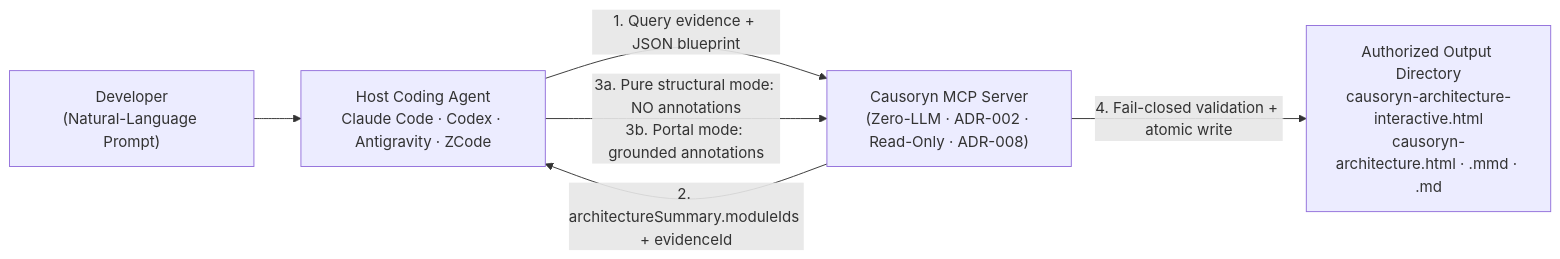
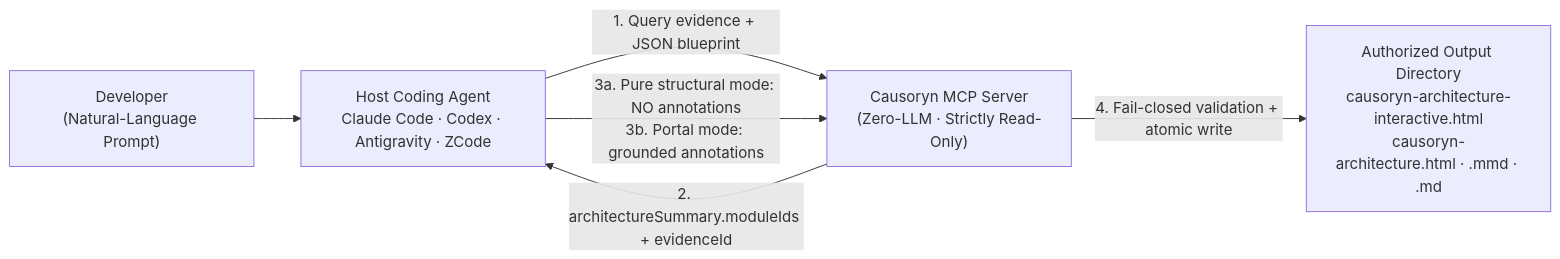
The diagram in docs/en/prompting-and-architecture-portals.md (MrBekoX/Causoryn), drawn with Mermaid before and after one commit. The commit also changed other lines of this file and 42 other files, not shown here.

Commit message:
feat(oss): complete Wave 3 (timeline fallback, packed-tarball Judge eval, English docs/CLI, TS CallSignature fix, LocAgent priority, zero-hydration summary)

````diff
--- a/docs/en/prompting-and-architecture-portals.md
+++ b/docs/en/prompting-and-architecture-portals.md
@@ -23,8 +23,8 @@
 ```mermaid
 flowchart LR
   USER["Developer<br/>(Natural-Language Prompt)"] --> HOST["Host Coding Agent<br/>Claude Code · Codex · Antigravity · ZCode"]
-  HOST -->|"1. Query evidence + JSON blueprint"| MCP["Causoryn MCP Server<br/>(Zero-LLM · ADR-002 · Read-Only · ADR-008)"]
+  HOST -->|"1. Query evidence + JSON blueprint"| MCP["Causoryn MCP Server<br/>(Zero-LLM · Strictly Read-Only)"]
   MCP -->|"2. architectureSummary.moduleIds + evidenceId"| HOST
   HOST -->|"3a. Pure structural mode: NO annotations<br/>3b. Portal mode: grounded annotations"| MCP
   MCP -->|"4. Fail-closed validation + atomic write"| OUT["Authorized Output Directory<br/>causoryn-architecture-interactive.html<br/>causoryn-architecture.html · .mmd · .md"]
 ```
````
